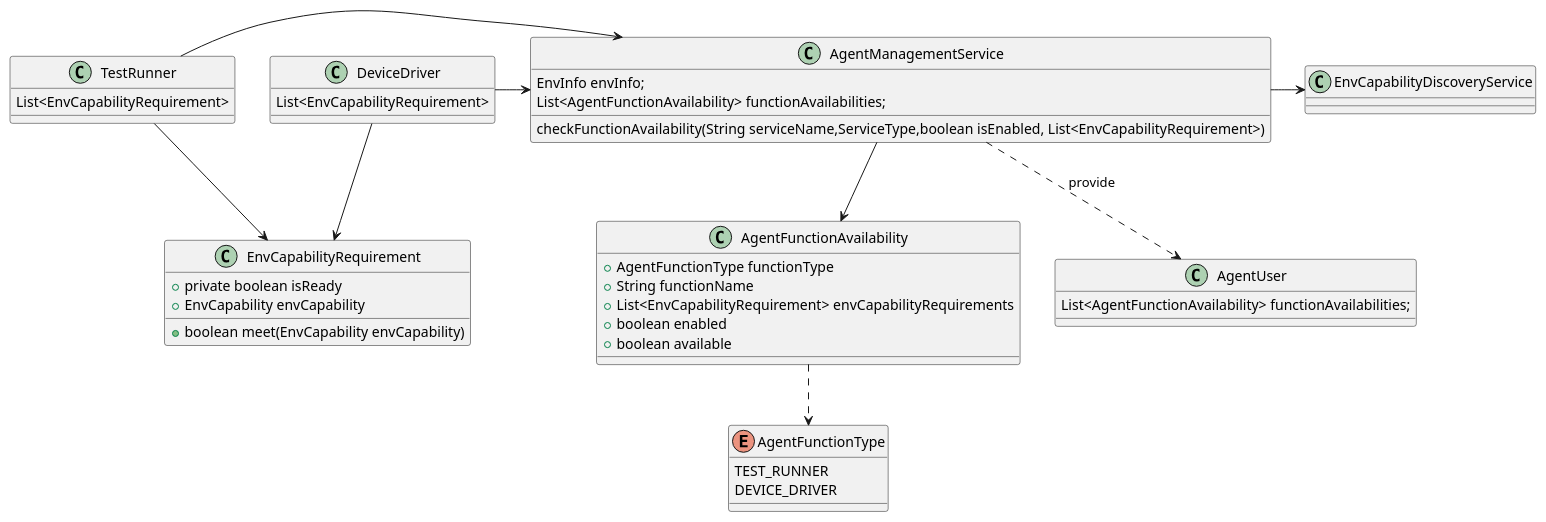
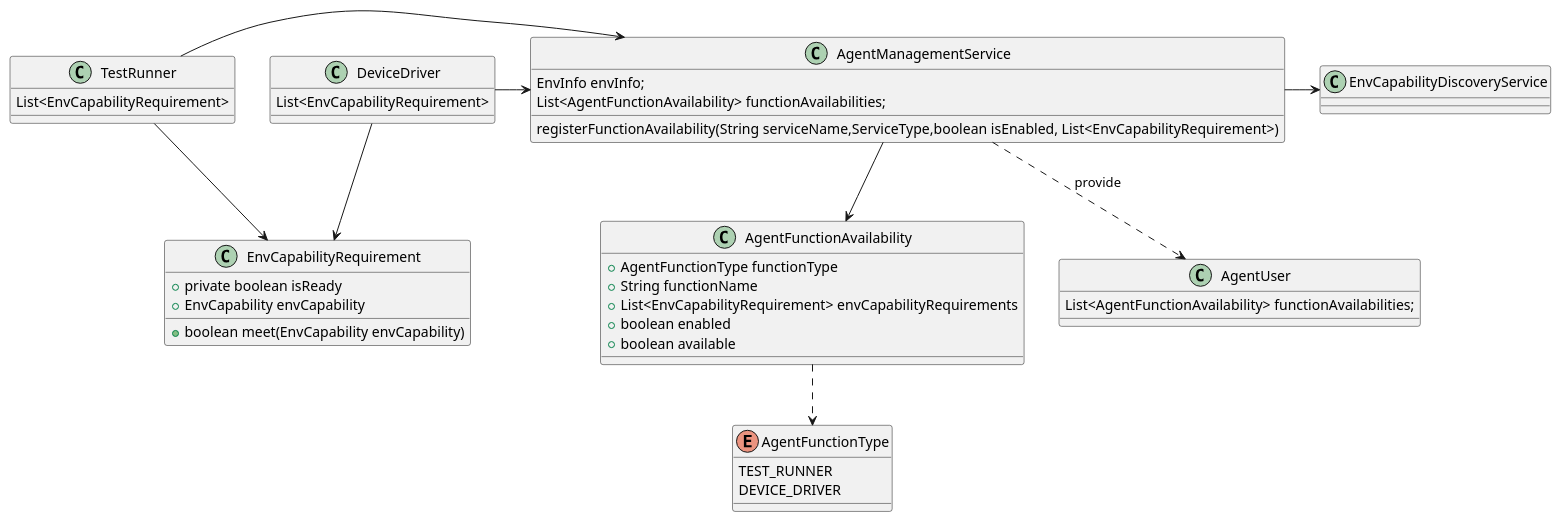
The third of 4 diagrams in agent/doc/UML/agent_device_management_design.puml (microsoft/HydraLab), drawn with PlantUML before and after one commit. The commit also changed other lines of this file and 2 other files, not shown here.

```diff
--- a/agent/doc/UML/agent_device_management_design.puml
+++ b/agent/doc/UML/agent_device_management_design.puml
@@ -159,43 +159,43 @@
 @startuml agent_capability_design
 
 class AgentManagementService {
     EnvInfo envInfo;
     List<AgentFunctionAvailability> functionAvailabilities;
-    checkFunctionAvailability(String serviceName,ServiceType,boolean isEnabled, List<EnvCapabilityRequirement>)
+    registerFunctionAvailability(String serviceName,ServiceType,boolean isEnabled, List<EnvCapabilityRequirement>)
 }
 AgentManagementService -r-> EnvCapabilityDiscoveryService
 class TestRunner{
     List<EnvCapabilityRequirement>
 }
 class DeviceDriver{
     List<EnvCapabilityRequirement>
 }
 
 TestRunner -r-> AgentManagementService
 DeviceDriver -r-> AgentManagementService
 TestRunner --> EnvCapabilityRequirement
 DeviceDriver --> EnvCapabilityRequirement
 
 class EnvCapabilityRequirement{
     +private boolean isReady
     +EnvCapability envCapability
     +boolean meet(EnvCapability envCapability)
 }
 enum AgentFunctionType{
     TEST_RUNNER
     DEVICE_DRIVER
 }
 class AgentFunctionAvailability{
     +AgentFunctionType functionType
     +String functionName
     +List<EnvCapabilityRequirement> envCapabilityRequirements
     +boolean enabled
     +boolean available
 }
 AgentManagementService -->AgentFunctionAvailability
 AgentFunctionAvailability ..> AgentFunctionType
 class AgentUser{
     List<AgentFunctionAvailability> functionAvailabilities;
 }
 AgentManagementService ..> AgentUser : provide
 @enduml
```
